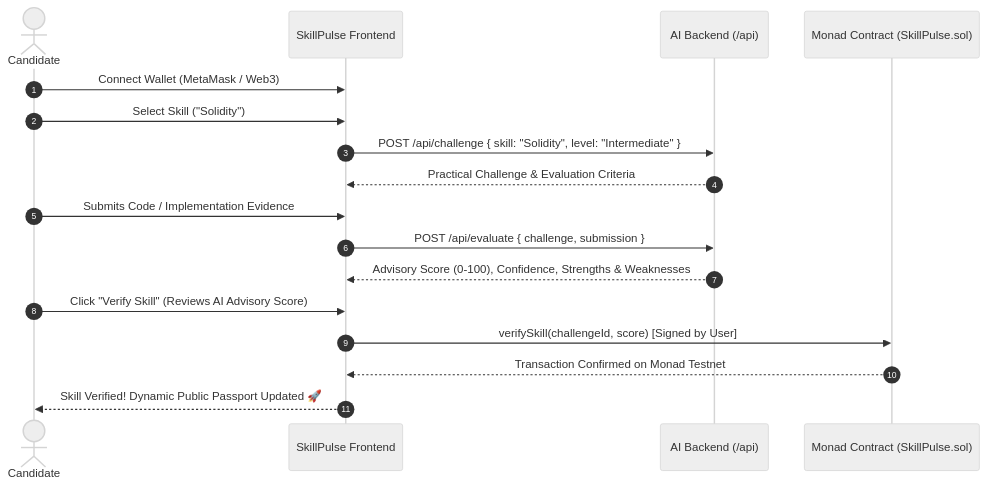
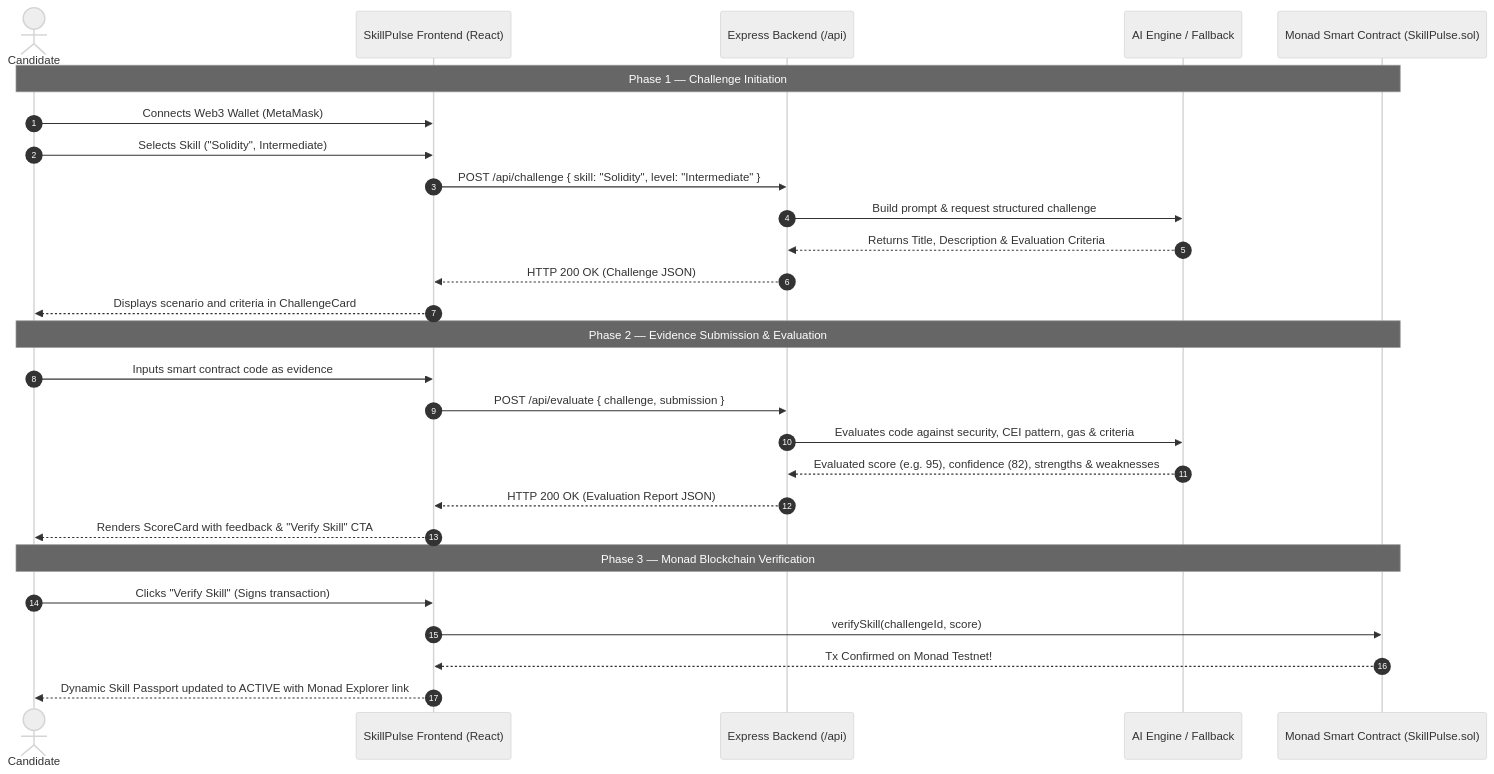
One commit to VorugantiRahul/xyz changed the diagram in README.md. Above: the diagram before and after it, drawn with Mermaid (neutral theme). The commit also changed other lines of this file, not shown here.

````diff
--- a/README.md
+++ b/README.md
@@ -59,20 +117,32 @@
 ```mermaid
 sequenceDiagram
     autonumber
     actor User as Candidate
-    participant FE as SkillPulse Frontend
-    participant BE as AI Backend (/api)
-    participant SC as Monad Contract (SkillPulse.sol)
+    participant FE as SkillPulse Frontend (React)
+    participant BE as Express Backend (/api)
+    participant AI as AI Engine / Fallback
+    participant SC as Monad Smart Contract (SkillPulse.sol)
 
-    User->>FE: Connect Wallet (MetaMask / Web3)
-    User->>FE: Select Skill ("Solidity")
+    Note over User,SC: Phase 1 — Challenge Initiation
+    User->>FE: Connects Web3 Wallet (MetaMask)
+    User->>FE: Selects Skill ("Solidity", Intermediate)
     FE->>BE: POST /api/challenge { skill: "Solidity", level: "Intermediate" }
-    BE-->>FE: Practical Challenge & Evaluation Criteria
-    User->>FE: Submits Code / Implementation Evidence
+    BE->>AI: Build prompt & request structured challenge
+    AI-->>BE: Returns Title, Description & Evaluation Criteria
+    BE-->>FE: HTTP 200 OK (Challenge JSON)
+    FE-->>User: Displays scenario and criteria in ChallengeCard
+
+    Note over User,SC: Phase 2 — Evidence Submission & Evaluation
+    User->>FE: Inputs smart contract code as evidence
     FE->>BE: POST /api/evaluate { challenge, submission }
-    BE-->>FE: Advisory Score (0-100), Confidence, Strengths & Weaknesses
-    User->>FE: Click "Verify Skill" (Reviews AI Advisory Score)
-    FE->>SC: verifySkill(challengeId, score) [Signed by User]
-    SC-->>FE: Transaction Confirmed on Monad Testnet
-    FE-->>User: Skill Verified! Dynamic Public Passport Updated 🚀
+    BE->>AI: Evaluates code against security, CEI pattern, gas & criteria
+    AI-->>BE: Evaluated score (e.g. 95), confidence (82), strengths & weaknesses
+    BE-->>FE: HTTP 200 OK (Evaluation Report JSON)
+    FE-->>User: Renders ScoreCard with feedback & "Verify Skill" CTA
+
+    Note over User,SC: Phase 3 — Monad Blockchain Verification
+    User->>FE: Clicks "Verify Skill" (Signs transaction)
+    FE->>SC: verifySkill(challengeId, score)
+    SC-->>FE: Tx Confirmed on Monad Testnet!
+    FE-->>User: Dynamic Skill Passport updated to ACTIVE with Monad Explorer link
 ```
````
